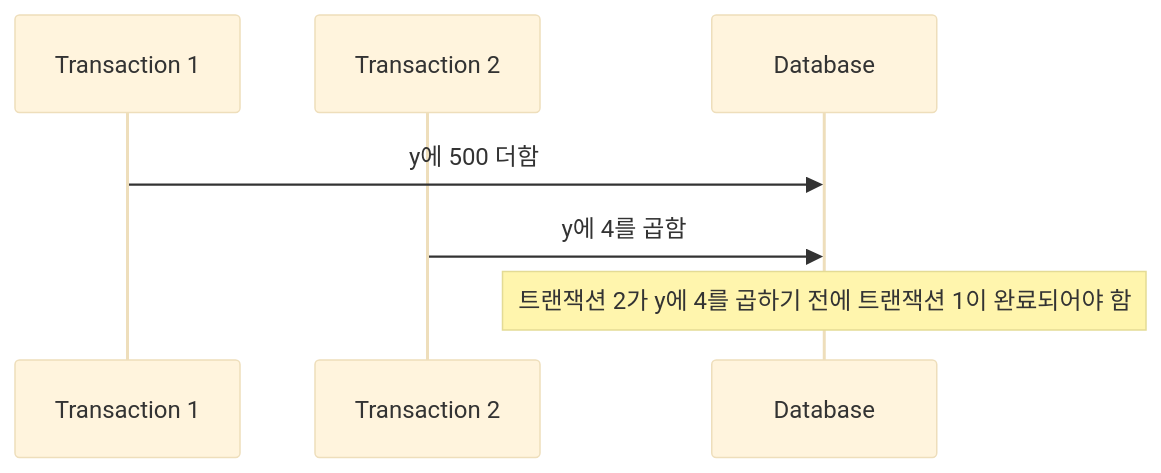
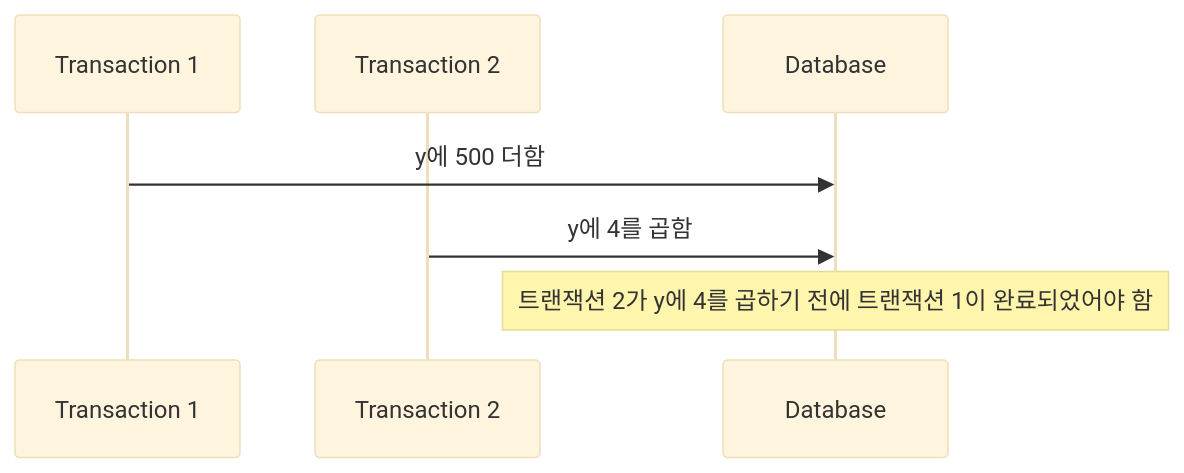
One commit to choesimin/choesimin.github.io changed the second of 4 diagrams in collections/_drafts/skills/database/transaction/concurrency-control.md. Above: the diagram before and after it, drawn with Mermaid (base theme). The commit also changed other lines of this file, not shown here.

````diff
--- a/collections/_drafts/skills/database/transaction/concurrency-control.md
+++ b/collections/_drafts/skills/database/transaction/concurrency-control.md
@@ -80,11 +80,11 @@
 ```mermaid
 sequenceDiagram
 
 participant t1 as Transaction 1
 participant t2 as Transaction 2
 participant db as Database
 
 t1 ->> db : y에 500 더함
 t2 ->> db : y에 4를 곱함
-Note over db : 트랜잭션 2가 y에 4를 곱하기 전에 트랜잭션 1이 완료되어야 함
+Note over db : 트랜잭션 2가 y에 4를 곱하기 전에 트랜잭션 1이 완료되었어야 함
 ```
````
